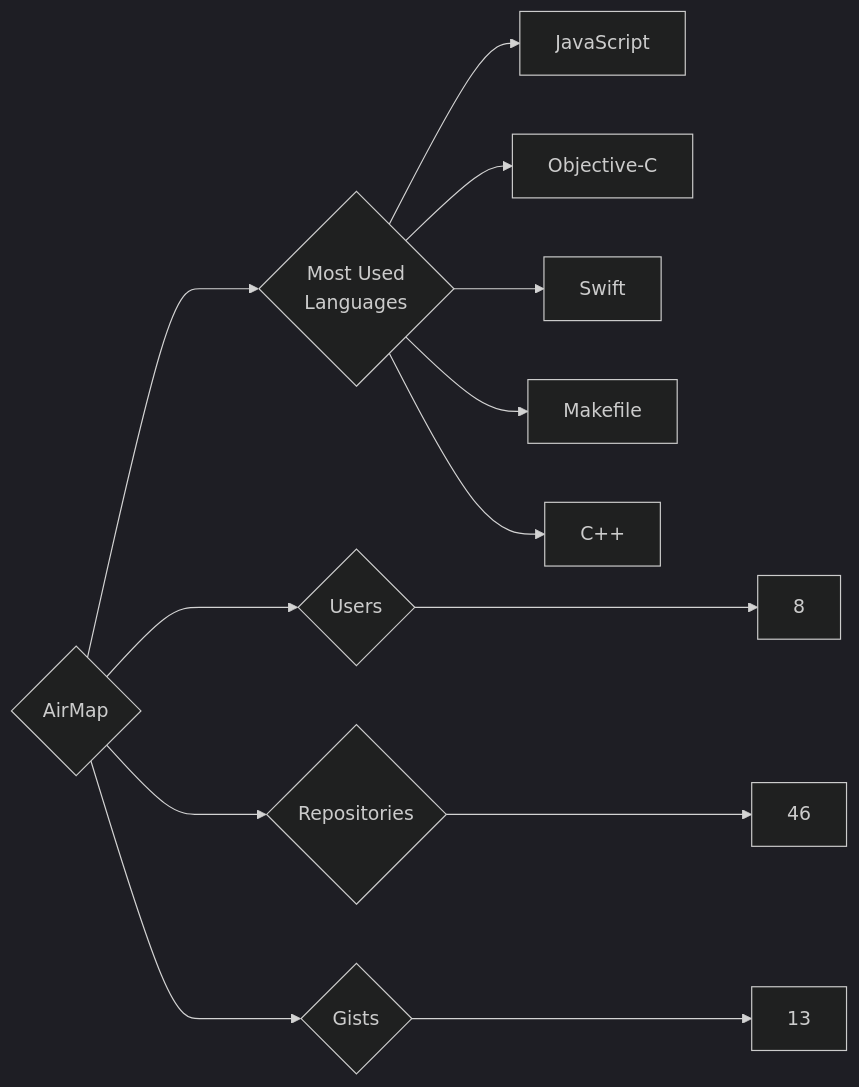
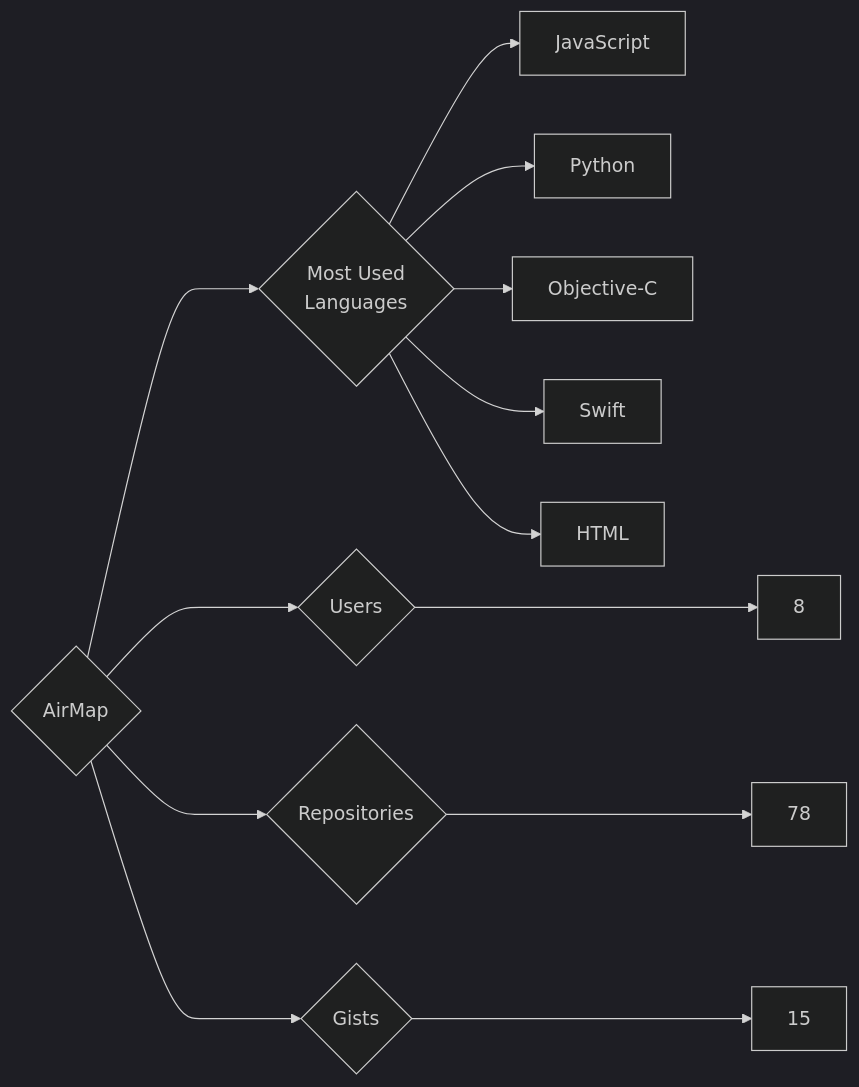
One commit to trickest/insiders changed the diagram in targets/AirMap/README.md. Above: the diagram before and after it, drawn with Mermaid (dark theme). The commit also changed 1084 other files, not shown here.

````diff
--- a/targets/AirMap/README.md
+++ b/targets/AirMap/README.md
@@ -3,13 +3,13 @@
 ```mermaid
 graph LR
 COMPANY_NAME{AirMap}
 COMPANY_NAME ---> U{Users} ---> UN[8]
-COMPANY_NAME ---> R{Repositories} ---> RN[46]
-COMPANY_NAME ---> G{Gists} ---> GN[13]
+COMPANY_NAME ---> R{Repositories} ---> RN[78]
+COMPANY_NAME ---> G{Gists} ---> GN[15]
 COMPANY_NAME ---> ML{Most Used<br>Languages}
 ML --> JavaScript[JavaScript]
+ML --> Python[Python]
 ML --> Objective-C[Objective-C]
 ML --> Swift[Swift]
-ML --> Makefile[Makefile]
-ML --> C++[C++]
+ML --> HTML[HTML]
 ```
````
